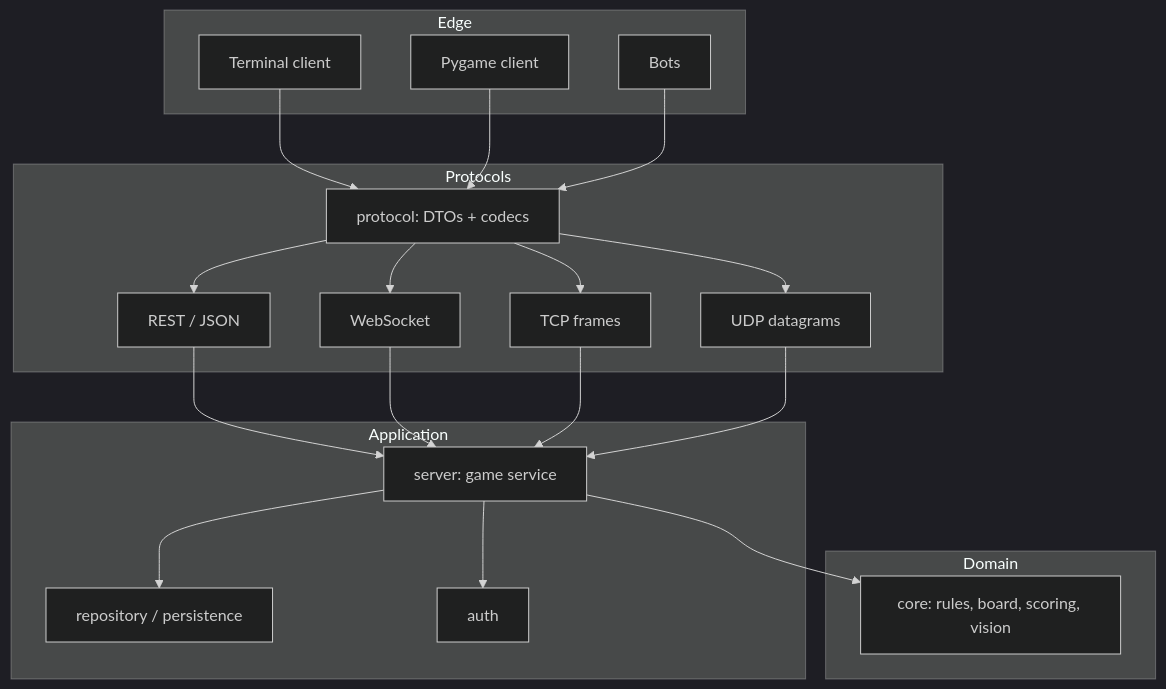
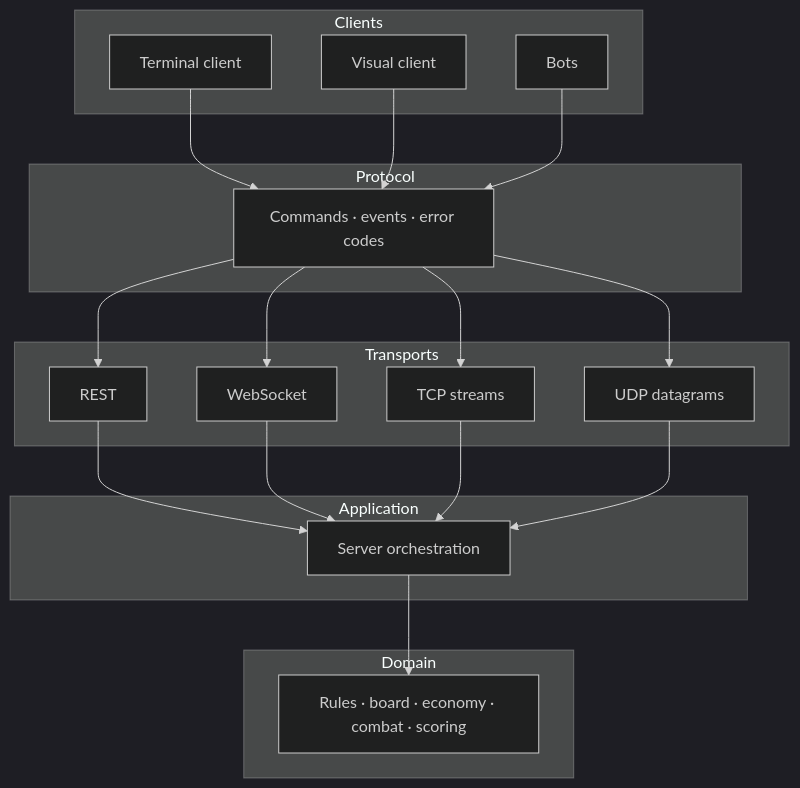
The diagram in planning/03-architecture.md (SweatyNuN/terminal-territories), drawn with Mermaid (dark theme) before and after one commit. The commit also changed other lines of this file and 10 other files, not shown here.

````diff
--- a/planning/03-architecture.md
+++ b/planning/03-architecture.md
@@ -10,37 +8,35 @@
 ```mermaid
 flowchart TB
-    subgraph Edge
+    subgraph Clients
         TERM[Terminal client]
-        VIS[Pygame client]
+        VIS[Visual client]
         BOT[Bots]
     end
-    subgraph Protocols
-        REST[REST / JSON]
+    subgraph Protocol
+        P["Commands · events · error codes"]
+    end
+    subgraph Transports
+        REST[REST]
         WS[WebSocket]
-        TCP[TCP frames]
+        TCP[TCP streams]
         UDP[UDP datagrams]
-        P["protocol: DTOs + codecs"]
     end
     subgraph Application
-        SVC["server: game service"]
-        STORE[repository / persistence]
-        AUTH[auth]
+        SRV[Server orchestration]
     end
     subgraph Domain
-        CORE["core: rules, board, scoring, vision"]
+        CORE["Rules · board · economy · combat · scoring"]
     end
     TERM --> P
     VIS --> P
     BOT --> P
     P --> REST
     P --> WS
     P --> TCP
     P --> UDP
-    REST --> SVC
-    WS --> SVC
-    TCP --> SVC
-    UDP --> SVC
-    SVC --> CORE
-    SVC --> STORE
-    SVC --> AUTH
+    REST --> SRV
+    WS --> SRV
+    TCP --> SRV
+    UDP --> SRV
+    SRV --> CORE
 ```
````
